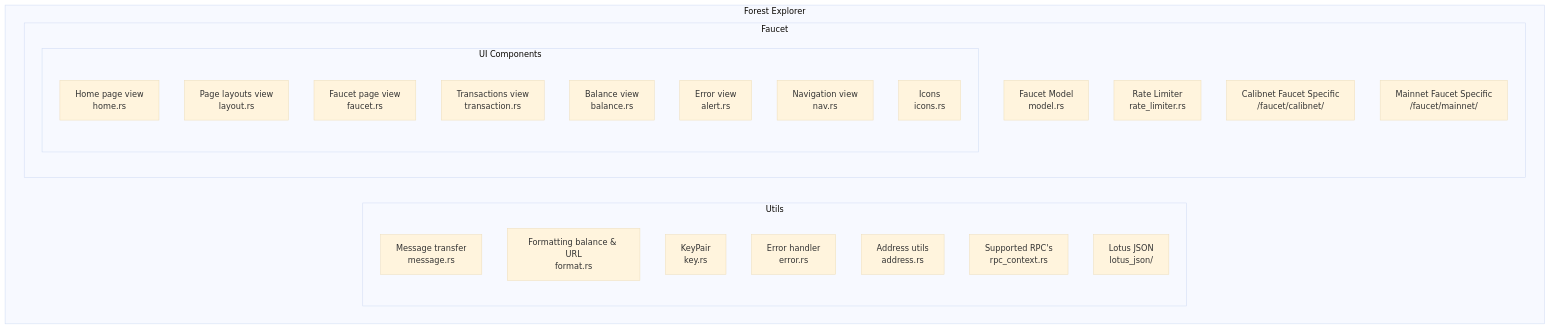
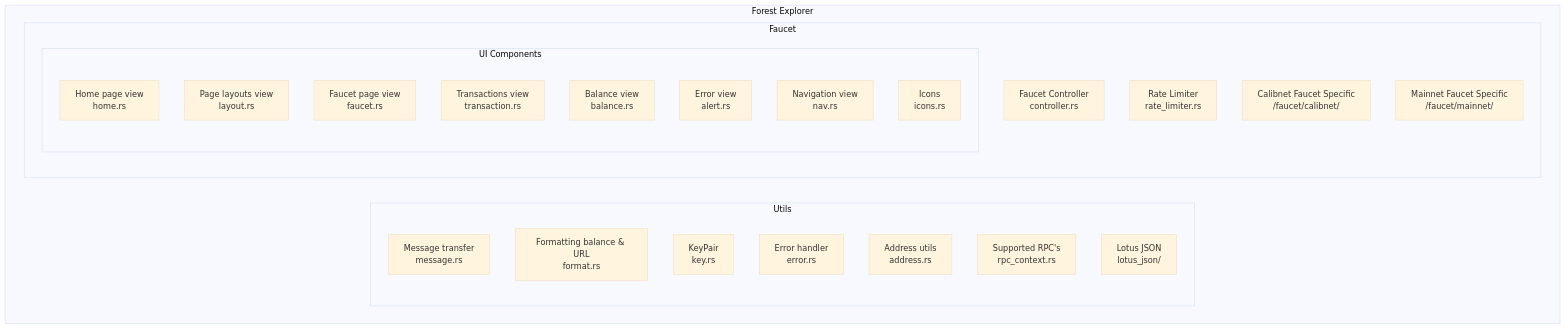
The diagram in docs/components.md (ChainSafe/forest-explorer), drawn with Mermaid (base theme) before and after one commit. The commit also changed 6 other files, not shown here.

````diff
--- a/docs/components.md
+++ b/docs/components.md
@@ -3,30 +3,31 @@
 ```mermaid
 graph TD
     subgraph src["Forest Explorer"]
         subgraph utils["Utils"]
             message["Message transfer<br/>message.rs"]
             format["Formatting balance & URL<br/>format.rs"]
             key["KeyPair<br/>key.rs"]
             error["Error handler<br/>error.rs"]
             address["Address utils<br/>address.rs"]
             rpc_context["Supported RPC's<br/>rpc_context.rs"]
             lotus_json["Lotus JSON<br/>lotus_json/"]
         end
         subgraph faucet["Faucet"]
             model["Faucet Model<br/>model.rs"]
+            model["Faucet Controller<br/>controller.rs"]
             rate_limiter["Rate Limiter<br/>rate_limiter.rs"]
             calibnet["Calibnet Faucet Specific<br/>/faucet/calibnet/"]
             mainnet["Mainnet Faucet Specific<br/>/faucet/mainnet/"]
             subgraph views["UI Components"]
                 home["Home page view<br/>home.rs"]
                 layout["Page layouts view<br/>layout.rs"]
                 faucet_view["Faucet page view<br/>faucet.rs"]
                 transaction["Transactions view<br/>transaction.rs"]
                 balance["Balance view<br/>balance.rs"]
                 alert["Error view<br/>alert.rs"]
                 nav["Navigation view<br/>nav.rs"]
                 icons["Icons<br/>icons.rs"]
             end
         end
     end
 ```
````
